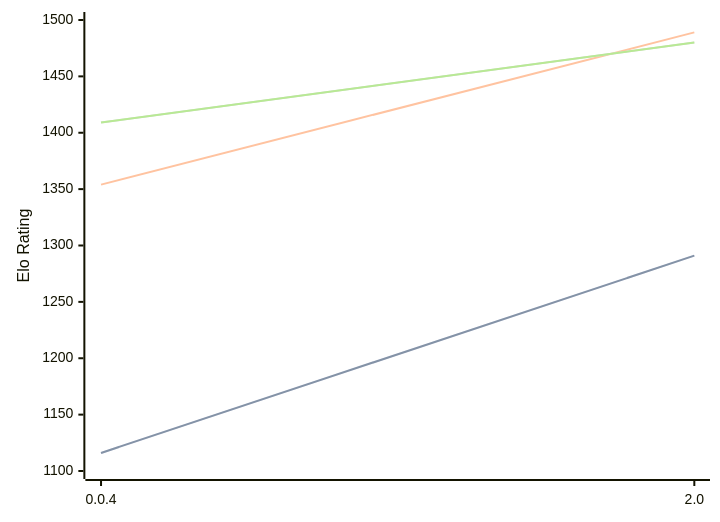
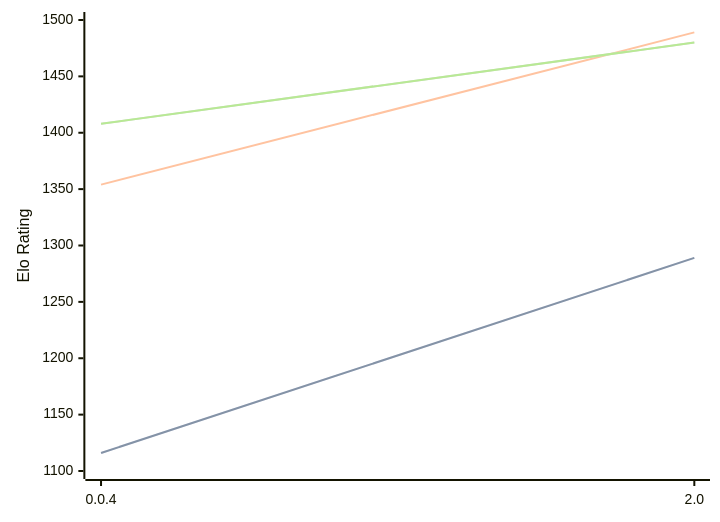
The diagram in engines/Oops!Mate.md (computer-chess-index/cci), drawn with Mermaid before and after one commit. The commit also changed other lines of this file, not shown here.

Commit message:
Update CCI Ratings (ELO VLTC) - 2026-03-24

````diff
--- a/engines/Oops!Mate.md
+++ b/engines/Oops!Mate.md
@@ -51,11 +51,11 @@
 ```mermaid
 %%{init: {"theme":"base","themeVariables":{"seriesColors:['#a3a3a3','#222221','#faa371']}}}%%
 xychart-beta
   x-axis ["0.0.4", "2.0"]
   y-axis "Elo Rating" 1100 --> 1500
-  line "STC (8.0+0.08s)" [1116, 1291]
-  line "STC (8.0+0.08s)" [1116, 1291]
+  line "STC (8.0+0.08s)" [1116, 1289]
+  line "STC (8.0+0.08s)" [1116, 1289]
   line "LTC (60.0+0.60s)" [1354, 1489]
-  line "VLTC (2m24s+1.12s)" [1409, 1480]
-  line "VLTC (2m24s+1.12s)" [1409, 1480]
+  line "VLTC (2m24s+1.12s)" [1408, 1480]
+  line "VLTC (2m24s+1.12s)" [1408, 1480]
 ```
````
